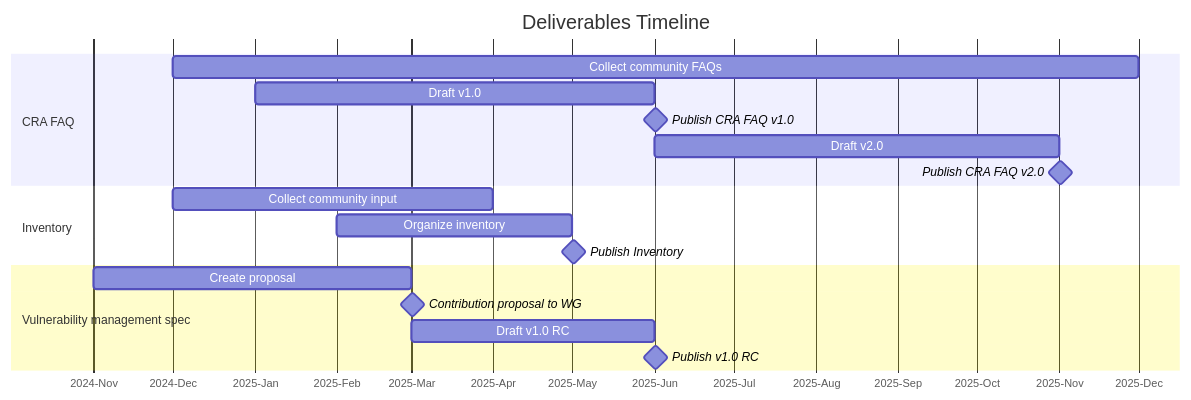
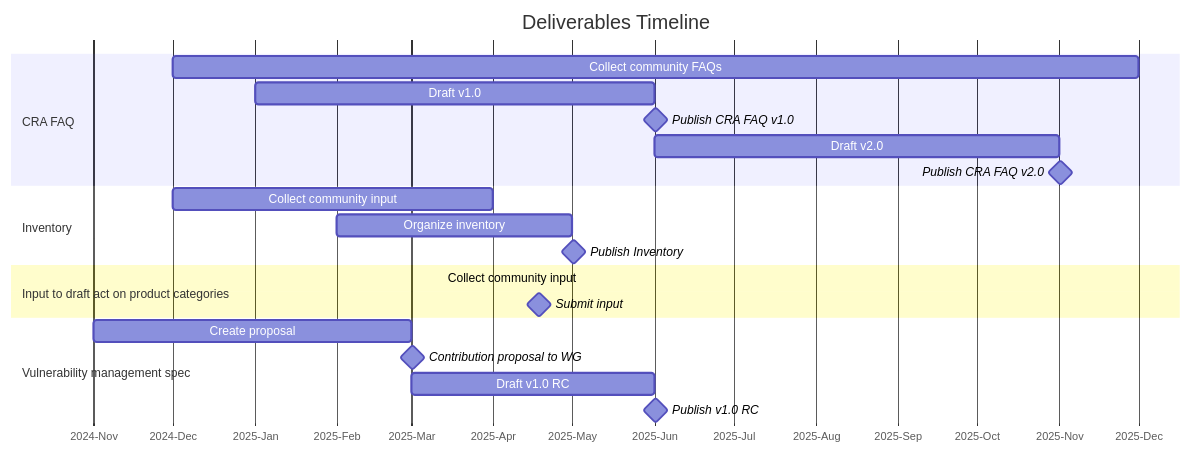
Before and after one commit to orcwg/orcwg: the second of 2 diagrams in cyber-resilience-sig/README.md, drawn with Mermaid. The commit also changed other lines of this file, not shown here.

Commit message:
Add input to product def as a deliverable

````diff
--- a/cyber-resilience-sig/README.md
+++ b/cyber-resilience-sig/README.md
@@ -102,31 +103,35 @@
 ```mermaid
 gantt
     title Deliverables Timeline
     dateFormat  MMMM YYYY
     axisFormat %Y-%b
     tickInterval 1month
 
     section CRA FAQ
     Collect community FAQs: December 2024, December 2025
     Draft v1.0: January 2025, June 2025
     Publish CRA FAQ v1.0: milestone, June 2025, 1d
     Draft v2.0: June 2025, November 2025
     Publish CRA FAQ v2.0: milestone, November 2025, 1d
 
     section Inventory
     Collect community input: December 2024, April 2025
     Organize inventory: February 2025, May 2025
     Publish Inventory: milestone, May 2025, 1d
     
+    section Input to draft act on product categories
+    Collect community input: 13 March 2025, 18 April 2025
+    Submit input: milestone, 18 April 2025, 1d
+
     section on SBOMs
 
     section on Due diligence
 
     section on Attestations
 
     section Vulnerability management spec
     Create proposal: November 2024, March 2025
     Contribution proposal to WG: milestone, March 2025, 1d
     Draft v1.0 RC: March 2025, June 2025
     Publish v1.0 RC: milestone, June 2025, 1d
 ```
````
